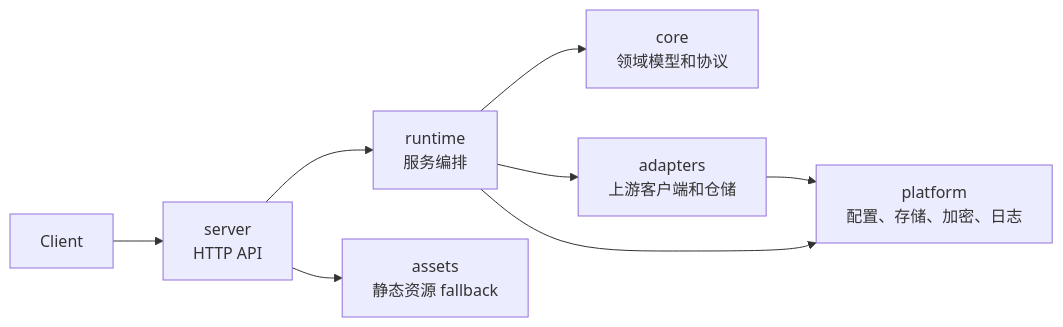
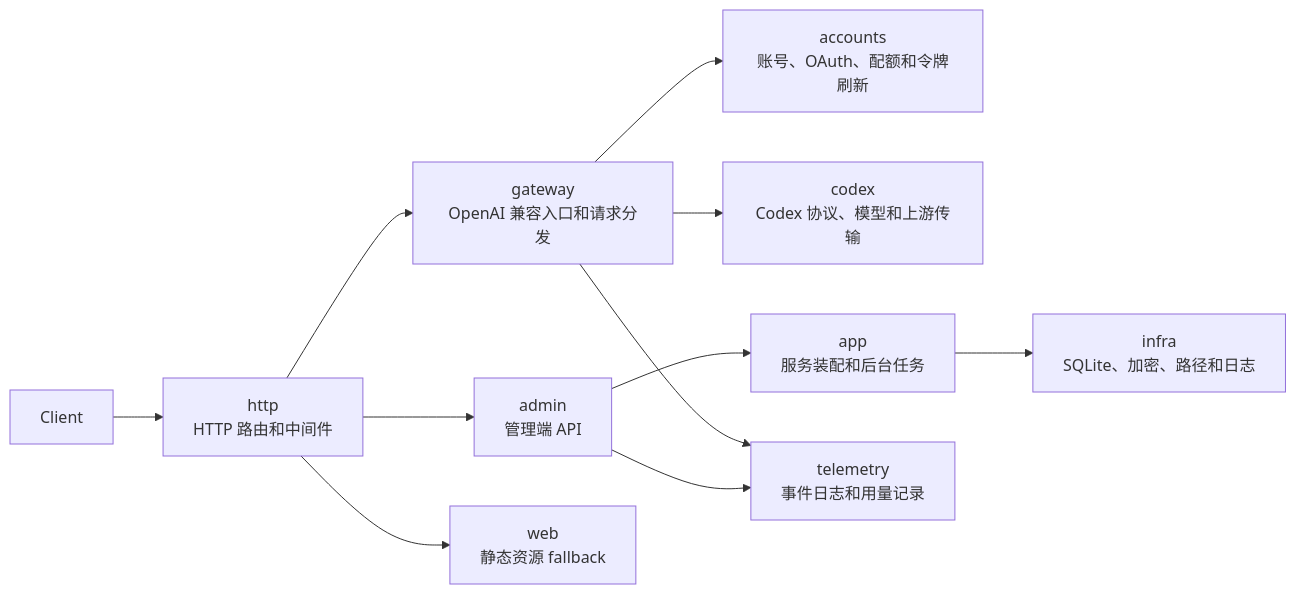
The diagram in README.md (zyycn/codex-proxy-rs), drawn with Mermaid before and after one commit. The commit also changed other lines of this file and 1 other file, not shown here.

Commit message:
docs: update monolith runtime guide

````diff
--- a/README.md
+++ b/README.md
@@ -45,10 +41,13 @@
 ```mermaid
 flowchart LR
-    client[Client] --> server[server<br/>HTTP API]
-    server --> runtime[runtime<br/>服务编排]
-    runtime --> core[core<br/>领域模型和协议]
-    runtime --> adapters[adapters<br/>上游客户端和仓储]
-    adapters --> platform[platform<br/>配置、存储、加密、日志]
-    runtime --> platform
-    server --> assets[assets<br/>静态资源 fallback]
+    client[Client] --> http[http<br/>HTTP 路由和中间件]
+    http --> gateway[gateway<br/>OpenAI 兼容入口和请求分发]
+    gateway --> accounts[accounts<br/>账号、OAuth、配额和令牌刷新]
+    gateway --> codex[codex<br/>Codex 协议、模型和上游传输]
+    http --> admin[admin<br/>管理端 API]
+    admin --> app[app<br/>服务装配和后台任务]
+    app --> infra[infra<br/>SQLite、加密、路径和日志]
+    gateway --> telemetry[telemetry<br/>事件日志和用量记录]
+    admin --> telemetry
+    http --> web[web<br/>静态资源 fallback]
 ```
````
